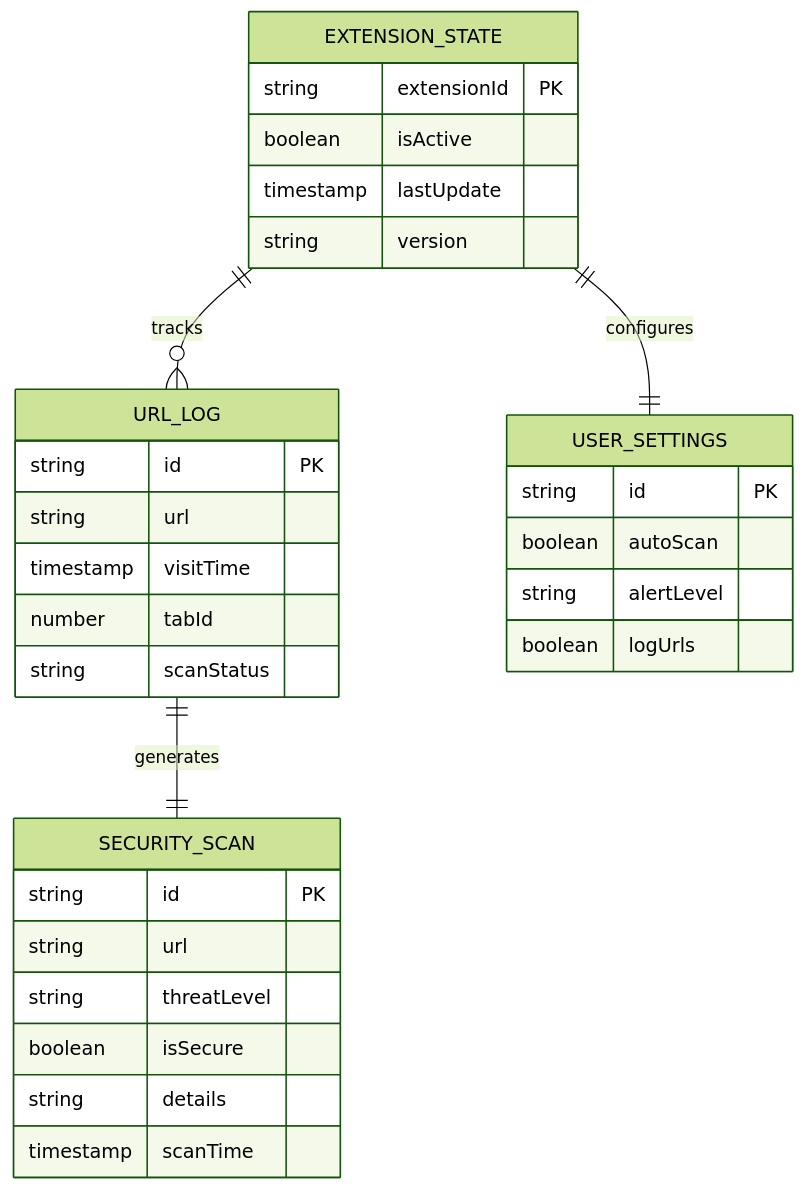
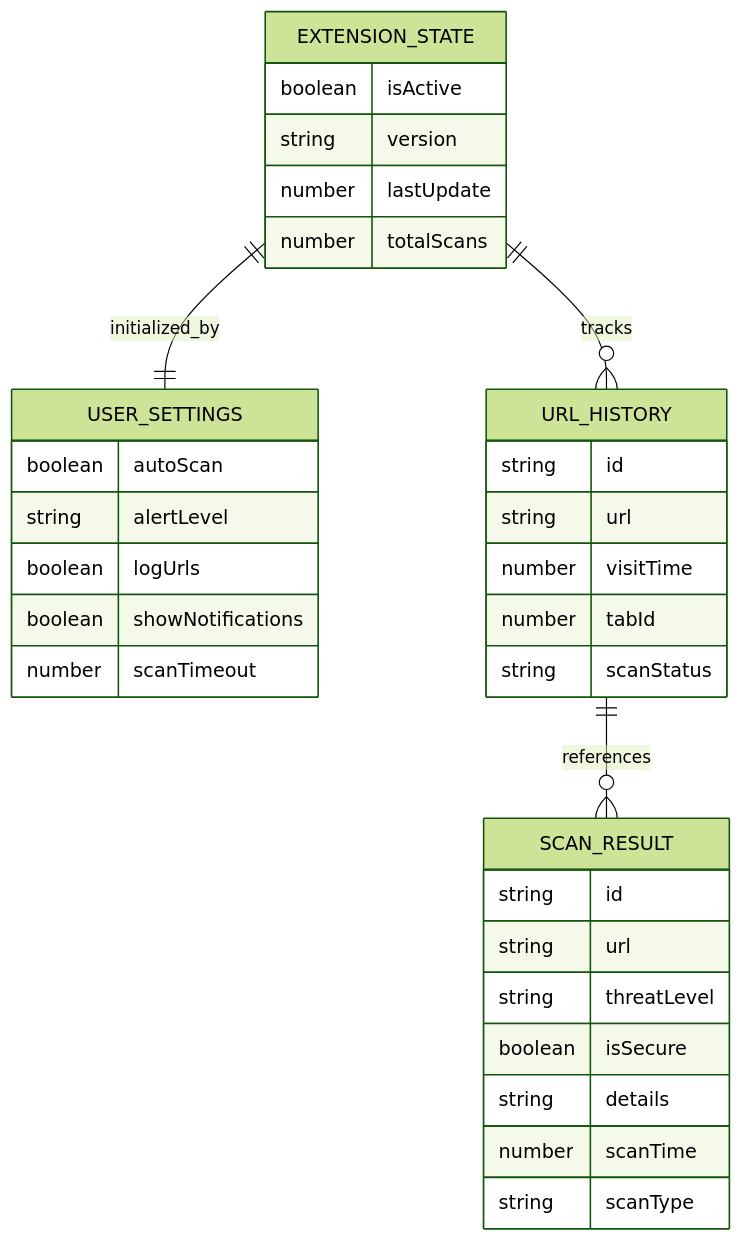
Before and after one commit to Raghavsingla123/UNSCAMMED-AI-BROWSER-EXTENSION: the third of 3 diagrams in .trae/documents/UNSCAMMED_AI_Technical_Architecture.md, drawn with Mermaid (forest theme). The commit also changed other lines of this file and 2 other files, not shown here.

Commit message:
Clarify documentation for extension heuristics

````diff
--- a/.trae/documents/UNSCAMMED_AI_Technical_Architecture.md
+++ b/.trae/documents/UNSCAMMED_AI_Technical_Architecture.md
@@ -134,37 +127,39 @@
 ```mermaid
 erDiagram
     EXTENSION_STATE {
-        string extensionId PK
         boolean isActive
-        timestamp lastUpdate
         string version
+        number lastUpdate
+        number totalScans
     }
-    
-    URL_LOG {
-        string id PK
+
+    USER_SETTINGS {
+        boolean autoScan
+        string alertLevel
+        boolean logUrls
+        boolean showNotifications
+        number scanTimeout
+    }
+
+    URL_HISTORY {
+        string id
         string url
-        timestamp visitTime
+        number visitTime
         number tabId
         string scanStatus
     }
-    
-    SECURITY_SCAN {
-        string id PK
+
+    SCAN_RESULT {
+        string id
         string url
         string threatLevel
         boolean isSecure
         string details
-        timestamp scanTime
+        number scanTime
+        string scanType
     }
-    
-    USER_SETTINGS {
-        string id PK
-        boolean autoScan
-        string alertLevel
-        boolean logUrls
-    }
-    
-    EXTENSION_STATE ||--o{ URL_LOG : tracks
-    URL_LOG ||--|| SECURITY_SCAN : generates
-    EXTENSION_STATE ||--|| USER_SETTINGS : configures
+
+    EXTENSION_STATE ||--|| USER_SETTINGS : initialized_by
+    EXTENSION_STATE ||--o{ URL_HISTORY : tracks
+    URL_HISTORY ||--o{ SCAN_RESULT : references
 ```
````
